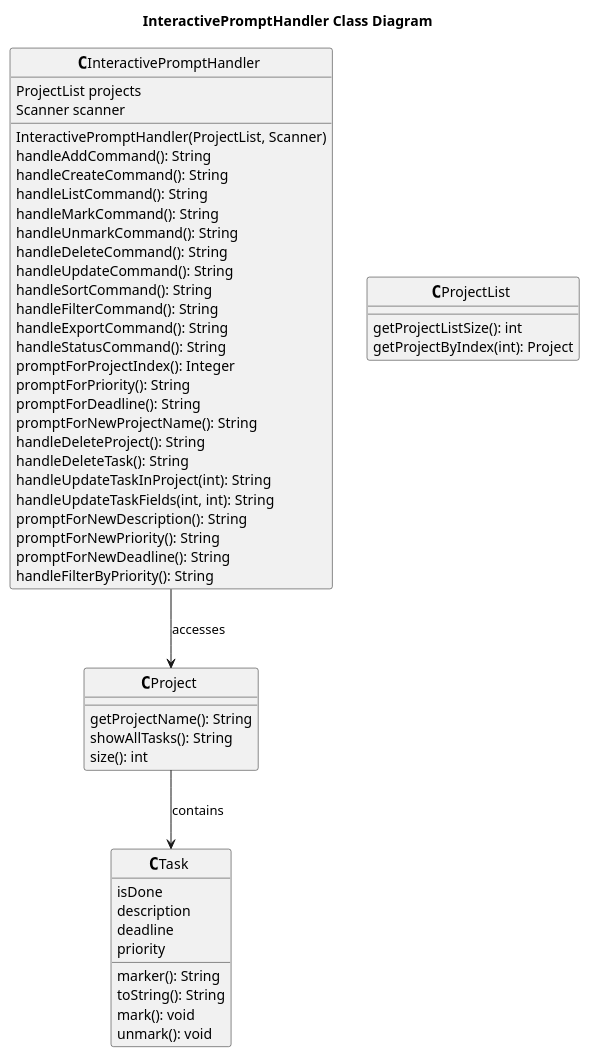
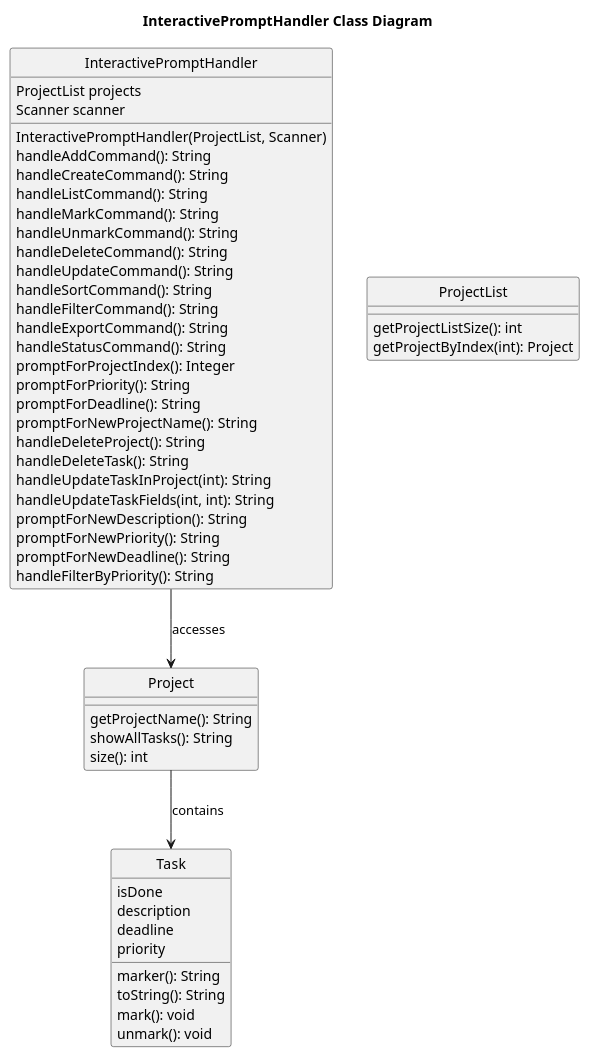
One commit to sean6369/tp changed the diagram in docs/plantUML/interactive-prompt-handler/interactiveprompthandler-class-diagram.puml. Above: the diagram before and after it, drawn with PlantUML. The commit also changed 1 other file, not shown here.

Commit message:
Add 'hide circle' to InteractivePromptHandler class diagram
- Added 'hide circle' command to match the styling of other diagrams
- Regenerated PNG with consistent settings across diagrams
- Ensures uniform appearance for all class diagrams in the project

```diff
--- a/docs/plantUML/interactive-prompt-handler/interactiveprompthandler-class-diagram.puml
+++ b/docs/plantUML/interactive-prompt-handler/interactiveprompthandler-class-diagram.puml
@@ -1,64 +1,62 @@
 @startuml InteractivePromptHandler Class Diagram
 title InteractivePromptHandler Class Diagram
 
 skinparam classAttributeIconSize 0
 skinparam shadowing false
 skinparam monochrome true
-skinparam circledCharacterRadius 0
-skinparam showVisibility false
-skinparam stereotypeCBackgroundColor transparent
+hide circle
 
 class InteractivePromptHandler {
     ProjectList projects
     Scanner scanner
     InteractivePromptHandler(ProjectList, Scanner)
     handleAddCommand(): String
     handleCreateCommand(): String
     handleListCommand(): String
     handleMarkCommand(): String
     handleUnmarkCommand(): String
     handleDeleteCommand(): String
     handleUpdateCommand(): String
     handleSortCommand(): String
     handleFilterCommand(): String
     handleExportCommand(): String
     handleStatusCommand(): String
     promptForProjectIndex(): Integer
     promptForPriority(): String
     promptForDeadline(): String
     promptForNewProjectName(): String
     handleDeleteProject(): String
     handleDeleteTask(): String
     handleUpdateTaskInProject(int): String
     handleUpdateTaskFields(int, int): String
     promptForNewDescription(): String
     promptForNewPriority(): String
     promptForNewDeadline(): String
     handleFilterByPriority(): String
 }
 
 class ProjectList {
     getProjectListSize(): int
     getProjectByIndex(int): Project
 }
 
 class Project {
     getProjectName(): String
     showAllTasks(): String
     size(): int
 }
 
 class Task {
     isDone
     description
     deadline
     priority
     marker(): String
     toString(): String
     mark(): void
     unmark(): void
 }
 
 InteractivePromptHandler --> Project : accesses
 Project --> Task : contains
 @enduml
```
